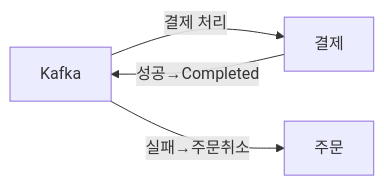
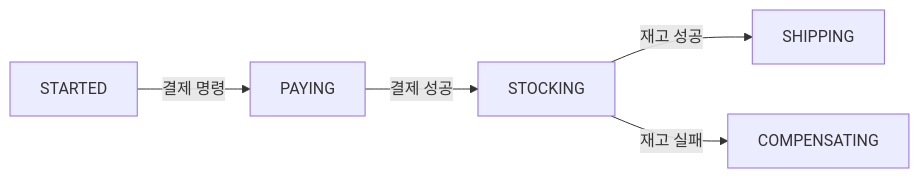
The sixth of 12 diagrams in _posts/architecture/2026-05-02-distributed-transaction-deep.md (yjkim2015/yjkim2015.github.io), drawn with Mermaid before and after one commit. The commit also changed other lines of this file and 4 other files, not shown here.

````diff
--- a/_posts/architecture/2026-05-02-distributed-transaction-deep.md
+++ b/_posts/architecture/2026-05-02-distributed-transaction-deep.md
@@ -105,6 +343,7 @@
 ```mermaid
 graph LR
-    KF["Kafka"] -->|"결제 처리"| PY["결제"]
-    PY -->|"성공→Completed"| KF
-    KF -->|"실패→주문취소"| OR["주문"]
+    STARTED["STARTED"] -->|"결제 명령"| PAYING["PAYING"]
+    PAYING -->|"결제 성공"| STOCKING["STOCKING"]
+    STOCKING -->|"재고 성공"| SHIPPING["SHIPPING"]
+    STOCKING -->|"재고 실패"| COMP["COMPENSATING"]
 ```
````
